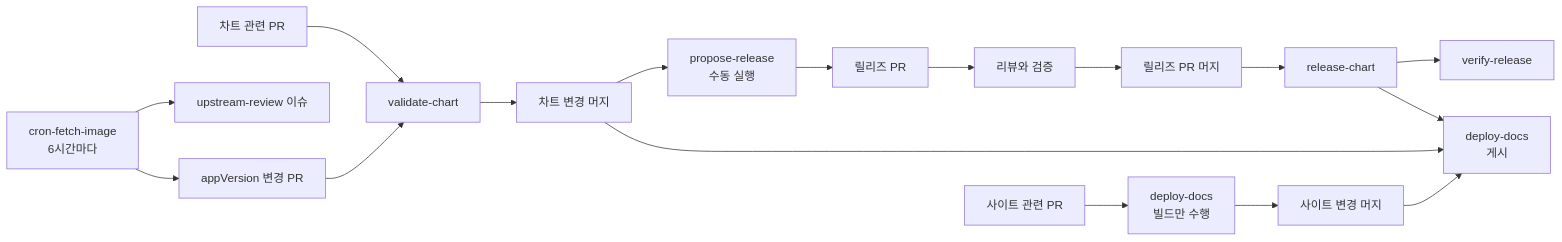
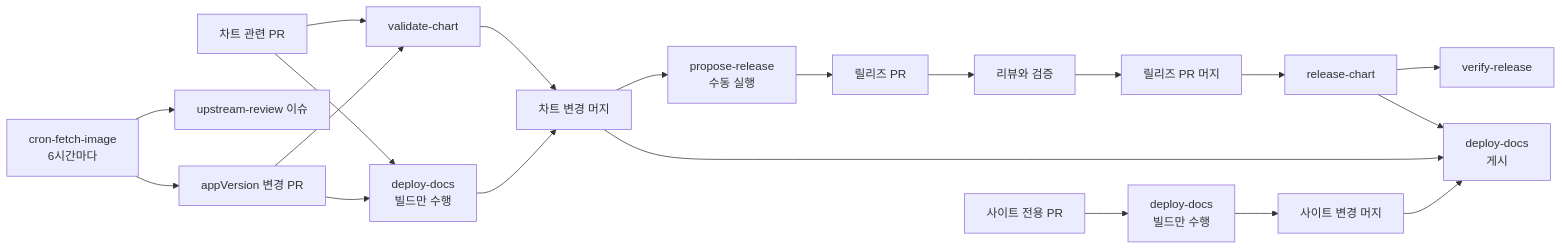
Before and after one commit to jyje/hermes-agent-helm: the diagram in docs/ko/contributing/ci.md, drawn with Mermaid. The commit also changed other lines of this file and 1 other file, not shown here.

Commit message:
📄 docs(automation): show overlapping PR checks

````diff
--- a/docs/ko/contributing/ci.md
+++ b/docs/ko/contributing/ci.md
@@ -23,19 +23,22 @@
 ```mermaid
 flowchart LR
     C["cron-fetch-image<br/>6시간마다"] --> U["appVersion 변경 PR"]
     C --> I["upstream-review 이슈"]
     P["차트 관련 PR"] --> V["validate-chart"]
-    S["사이트 관련 PR"] --> B["deploy-docs<br/>빌드만 수행"]
+    P --> B["deploy-docs<br/>빌드만 수행"]
+    S["사이트 전용 PR"] --> SB["deploy-docs<br/>빌드만 수행"]
     U --> V
+    U --> B
     V --> M["차트 변경 머지"]
-    B --> SM["사이트 변경 머지"]
+    B --> M
+    SB --> SM["사이트 변경 머지"]
     M --> R["propose-release<br/>수동 실행"]
     R --> RP["릴리즈 PR"]
     RP --> RV["리뷰와 검증"]
     RV --> RM["릴리즈 PR 머지"]
     RM --> RC["release-chart"]
     RC --> VR["verify-release"]
     RC --> D["deploy-docs<br/>게시"]
     M --> D
     SM --> D
 ```
````
